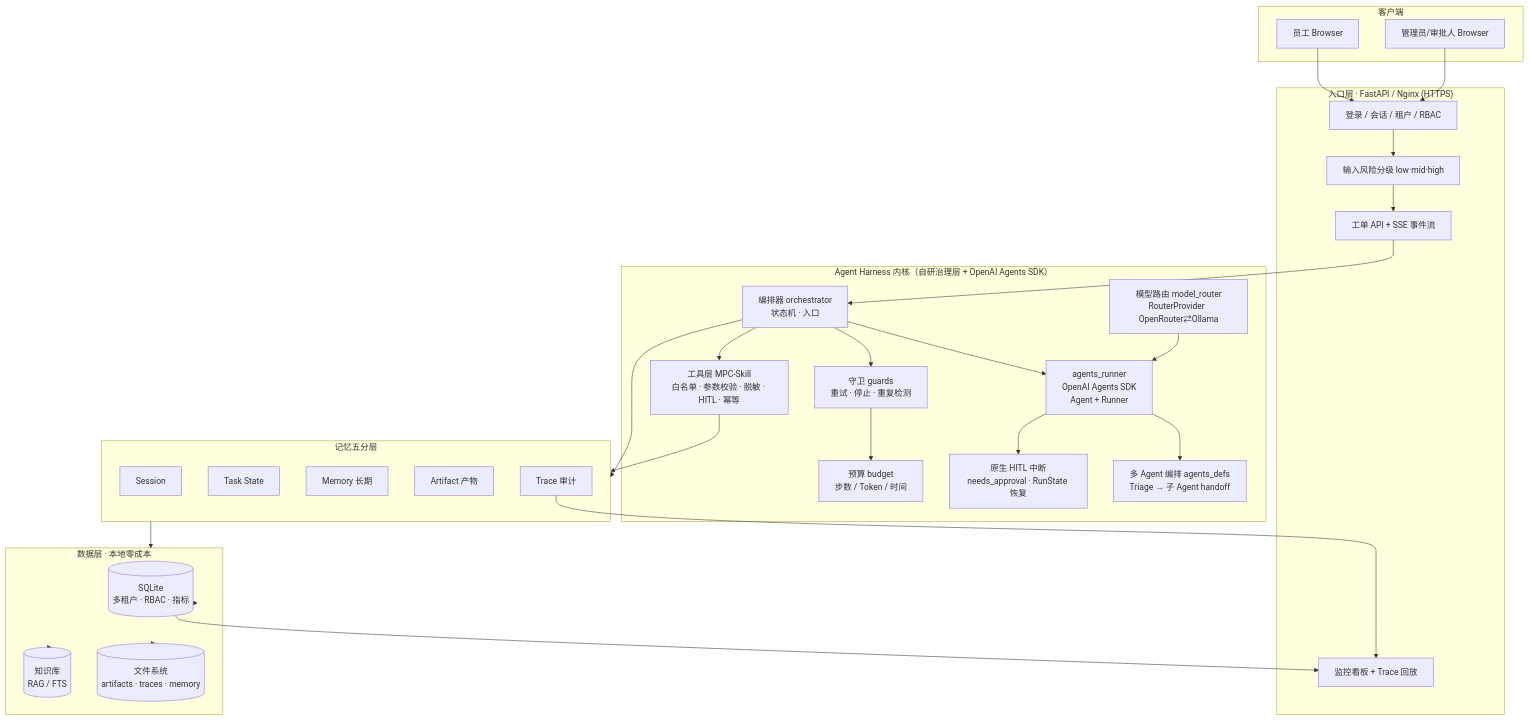
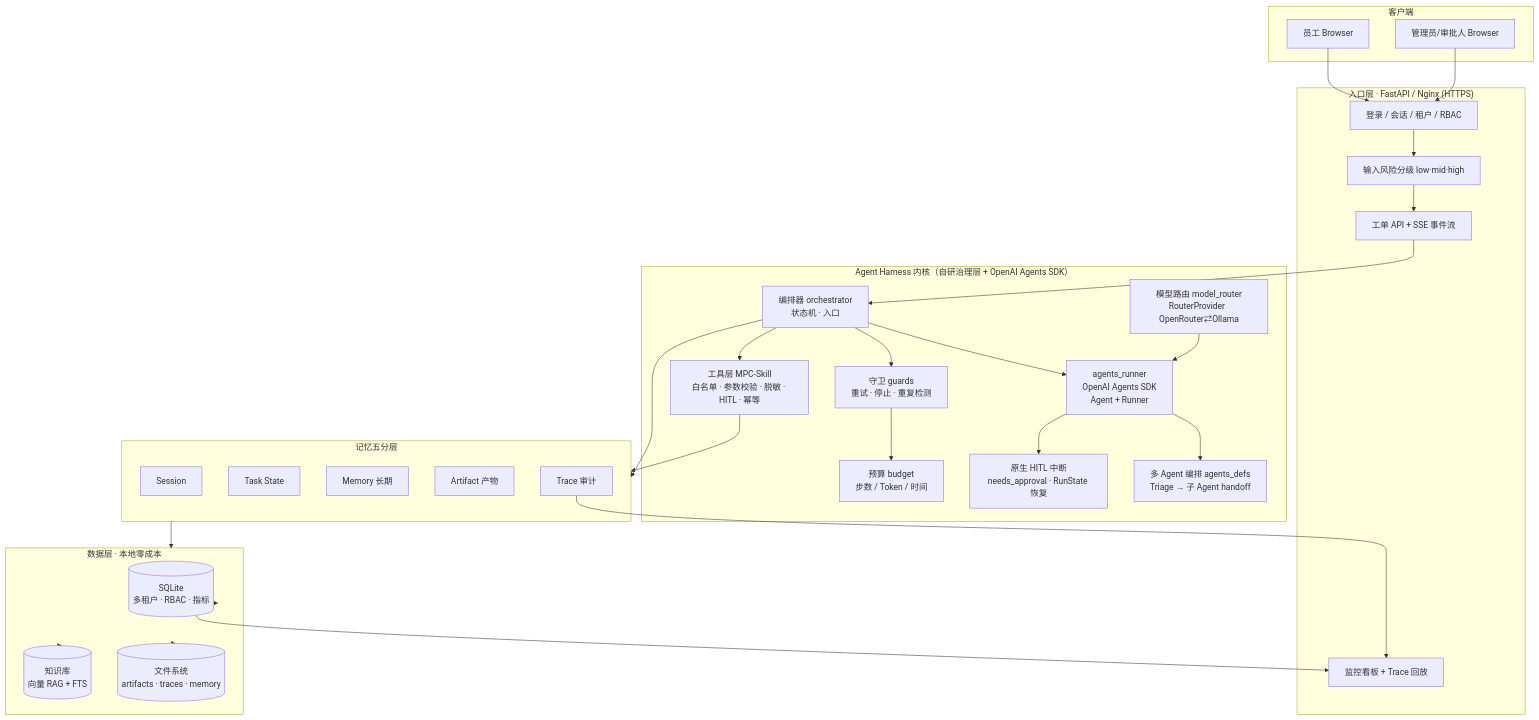
One commit to XiaoguaiXiaowai/Enterprise-Grade-Hybrid-Agent-Workflow_01 changed the first of 3 diagrams in README.md. Above: the diagram before and after it, drawn with Mermaid. The commit also changed 9 other files, not shown here.

````diff
--- a/README.md
+++ b/README.md
@@ -33,59 +33,59 @@
 ```mermaid
 flowchart TB
     subgraph Client["客户端"]
         emp[员工 Browser]
         adm[管理员/审批人 Browser]
     end
 
     subgraph entry["入口层 · FastAPI / Nginx (HTTPS)"]
         auth[登录 / 会话 / 租户 / RBAC]
         risk[输入风险分级 low·mid·high]
         api[工单 API + SSE 事件流]
         mon[监控看板 + Trace 回放]
     end
 
     subgraph harness["Agent Harness 内核（自研治理层 + OpenAI Agents SDK）"]
         orch[编排器 orchestrator<br/>状态机 · 入口]
         agents[agents_runner<br/>OpenAI Agents SDK<br/>Agent + Runner]
         multi[多 Agent 编排 agents_defs<br/>Triage → 子 Agent handoff]
         hitl[原生 HITL 中断<br/>needs_approval · RunState 恢复]
         router[模型路由 model_router<br/>RouterProvider  OpenRouter⇄Ollama]
         guard[守卫 guards<br/>重试 · 停止 · 重复检测]
         budget[预算 budget<br/>步数 / Token / 时间]
         skills[工具层 MPC-Skill<br/>白名单 · 参数校验 · 脱敏 · HITL · 幂等]
     end
 
     subgraph memory["记忆五分层"]
         sess[Session]
         task[Task State]
         memo[Memory 长期]
         art[Artifact 产物]
         trc[Trace 审计]
     end
 
     subgraph data["数据层 · 本地零成本"]
         sql[(SQLite<br/>多租户 · RBAC · 指标)]
         fs[(文件系统<br/>artifacts · traces · memory)]
-        kb[(知识库<br/>RAG / FTS)]
+        kb[(知识库<br/>向量 RAG + FTS)]
     end
 
     emp --> auth
     adm --> auth
     auth --> risk
     risk --> api
     api --> orch
     orch --> agents
     agents --> multi
     agents --> hitl
     router --> agents
     orch --> guard --> budget
     orch --> skills
     skills --> memory
     orch --> memory
     memory --> data
     data --> sql
     data --> fs
     data --> kb
     trc --> mon
     sql --> mon
 ```
````
